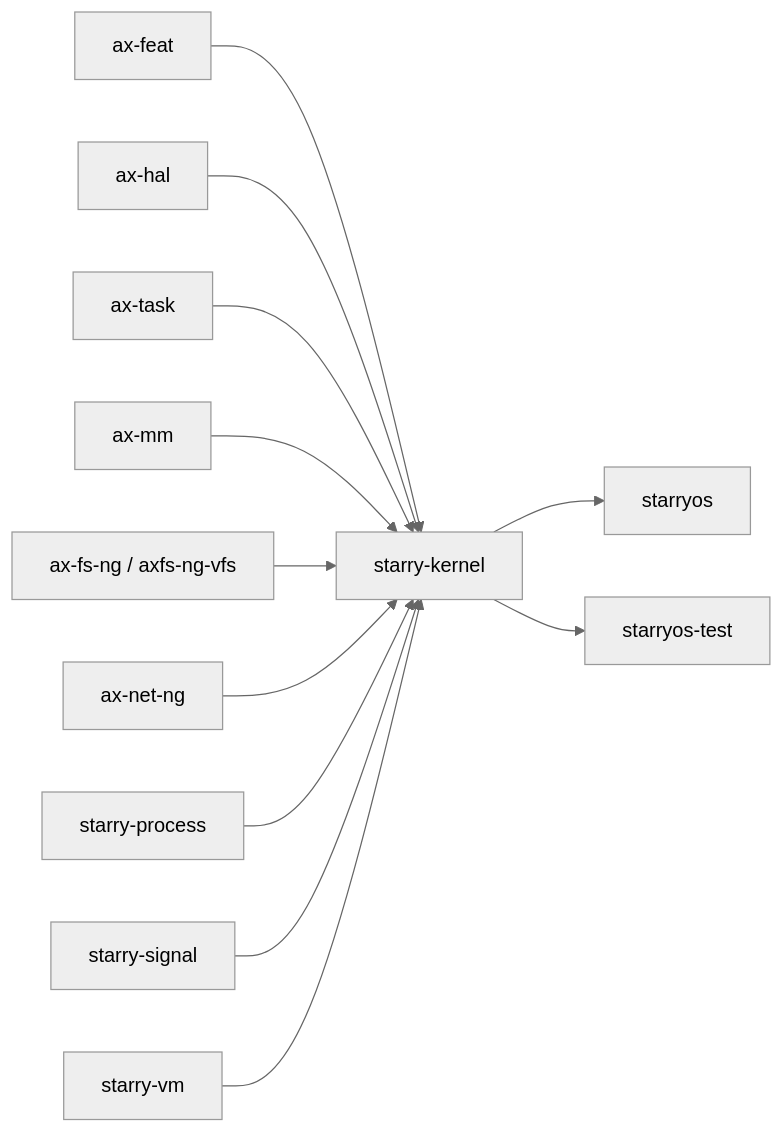
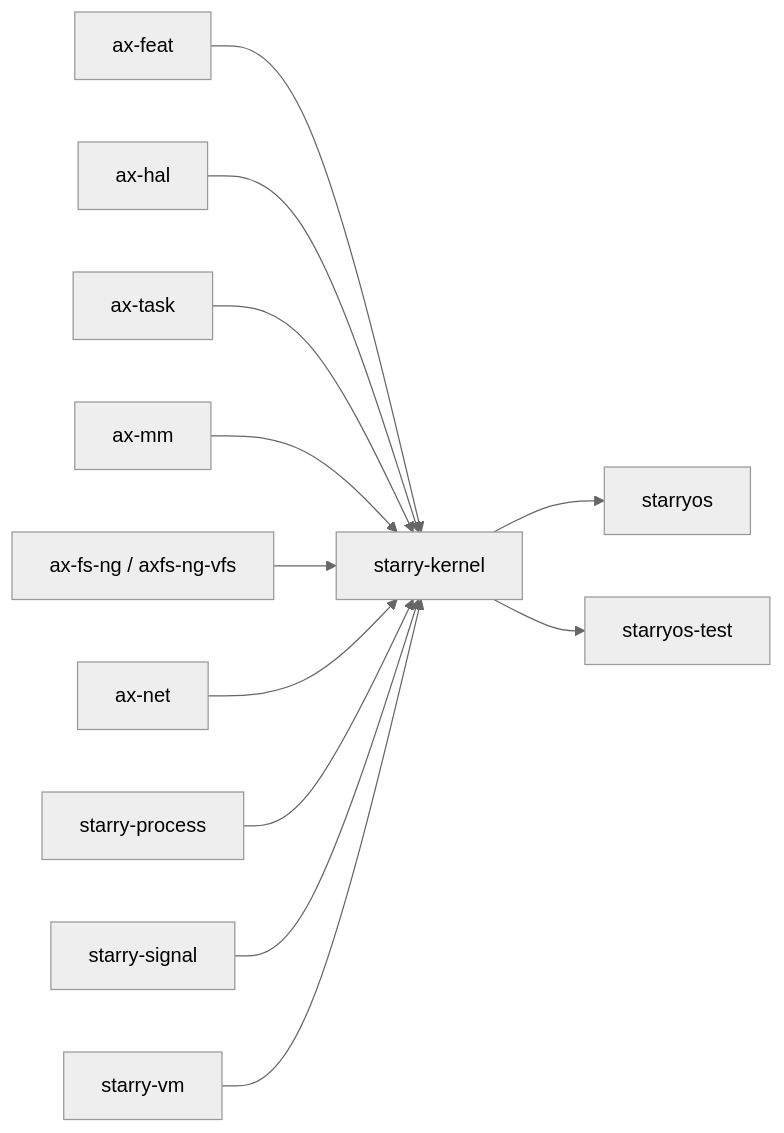
The second of 2 diagrams in docs/docs/components/crates/starry-kernel.md (rcore-os/tgoskits), drawn with Mermaid (neutral theme) before and after one commit. The commit also changed other lines of this file and 76 other files, not shown here.

````diff
--- a/docs/docs/components/crates/starry-kernel.md
+++ b/docs/docs/components/crates/starry-kernel.md
@@ -116,15 +116,15 @@
 ```mermaid
 graph LR
     ax-feat["ax-feat"] --> starry["starry-kernel"]
     ax-hal["ax-hal"] --> starry
     ax-task["ax-task"] --> starry
     ax-mm["ax-mm"] --> starry
     ax-fs["ax-fs-ng / axfs-ng-vfs"] --> starry
-    ax-net["ax-net-ng"] --> starry
+    ax-net["ax-net"] --> starry
     starry_process["starry-process"] --> starry
     starry_signal["starry-signal"] --> starry
     starry_vm["starry-vm"] --> starry
 
     starry --> starryos["starryos"]
     starry --> starryos_test["starryos-test"]
 ```
````
